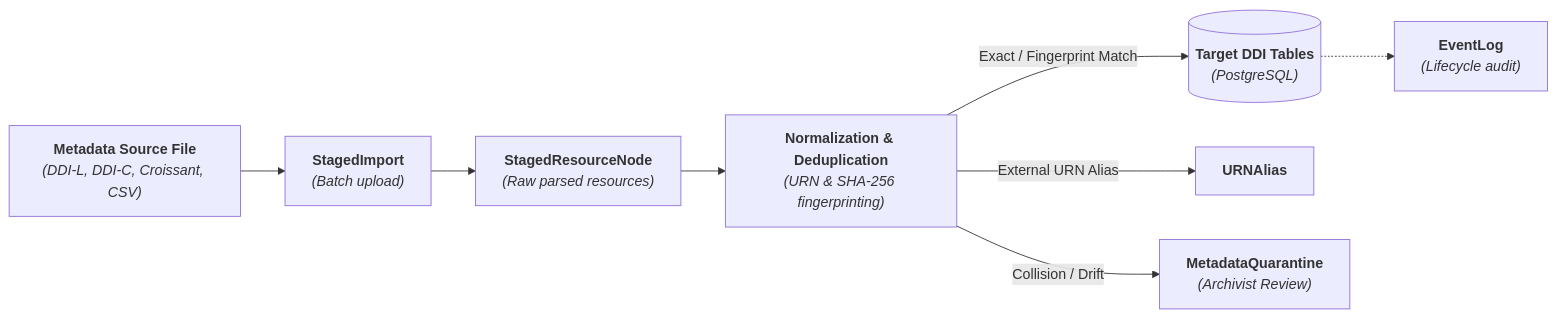
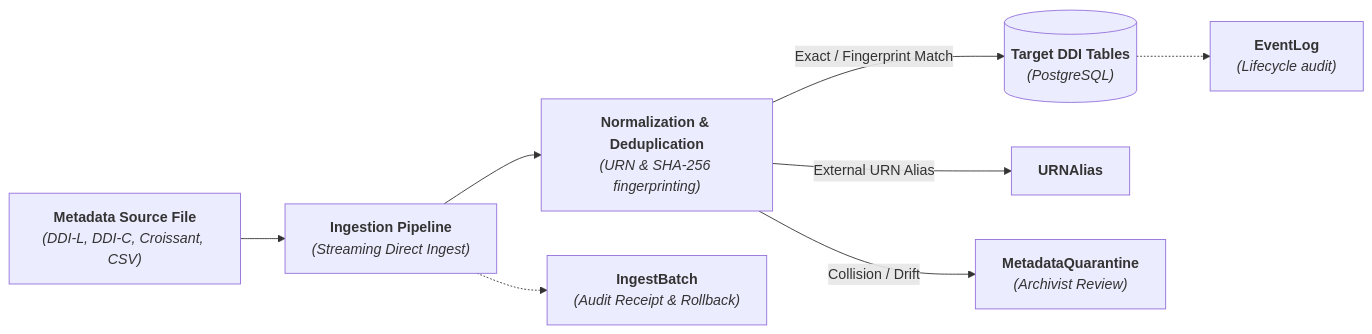
Before and after one commit to PlgaH/fairwddi-wp3-3: the sixth of 6 diagrams in deliverables/research/database.md, drawn with Mermaid. The commit also changed other lines of this file and 16 other files, not shown here.

Commit message:
refactor: replace staging tables with IngestBatch receipt in ingestion architecture and database schema

````diff
--- a/deliverables/research/database.md
+++ b/deliverables/research/database.md
@@ -710,10 +710,10 @@
 ```mermaid
 graph LR
-    Source["<b>Metadata Source File</b><br/><i>(DDI-L, DDI-C, Croissant, CSV)</i>"] --> Stage1["<b>StagedImport</b><br/><i>(Batch upload)</i>"]
-    Stage1 --> Stage2["<b>StagedResourceNode</b><br/><i>(Raw parsed resources)</i>"]
-    Stage2 --> Normalizer["<b>Normalization & Deduplication</b><br/><i>(URN & SHA-256 fingerprinting)</i>"]
+    Source["<b>Metadata Source File</b><br/><i>(DDI-L, DDI-C, Croissant, CSV)</i>"] --> Ingest["<b>Ingestion Pipeline</b><br/><i>(Streaming Direct Ingest)</i>"]
+    Ingest --> Normalizer["<b>Normalization & Deduplication</b><br/><i>(URN & SHA-256 fingerprinting)</i>"]
     Normalizer -->|Exact / Fingerprint Match| DB[("<b>Target DDI Tables</b><br/><i>(PostgreSQL)</i>")]
     Normalizer -->|External URN Alias| UA["<b>URNAlias</b>"]
     Normalizer -->|Collision / Drift| MQ["<b>MetadataQuarantine</b><br/><i>(Archivist Review)</i>"]
+    Ingest -.-> Batch["<b>IngestBatch</b><br/><i>(Audit Receipt & Rollback)</i>"]
     DB -.-> Log["<b>EventLog</b><br/><i>(Lifecycle audit)</i>"]
 ```
````
